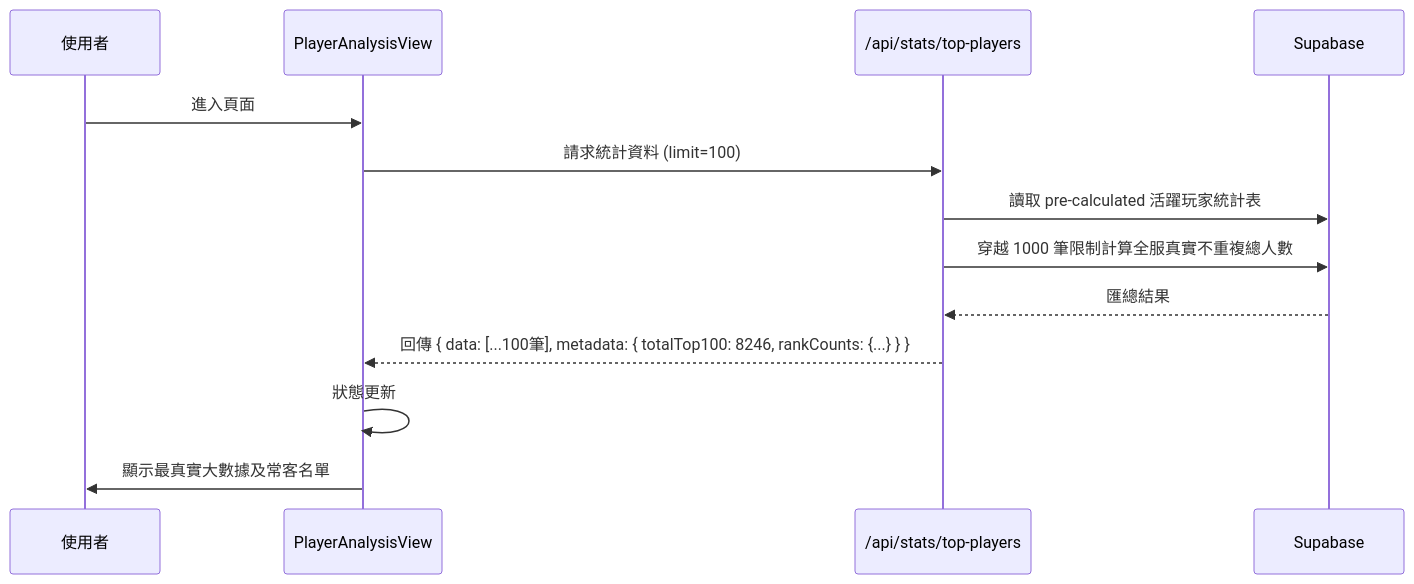
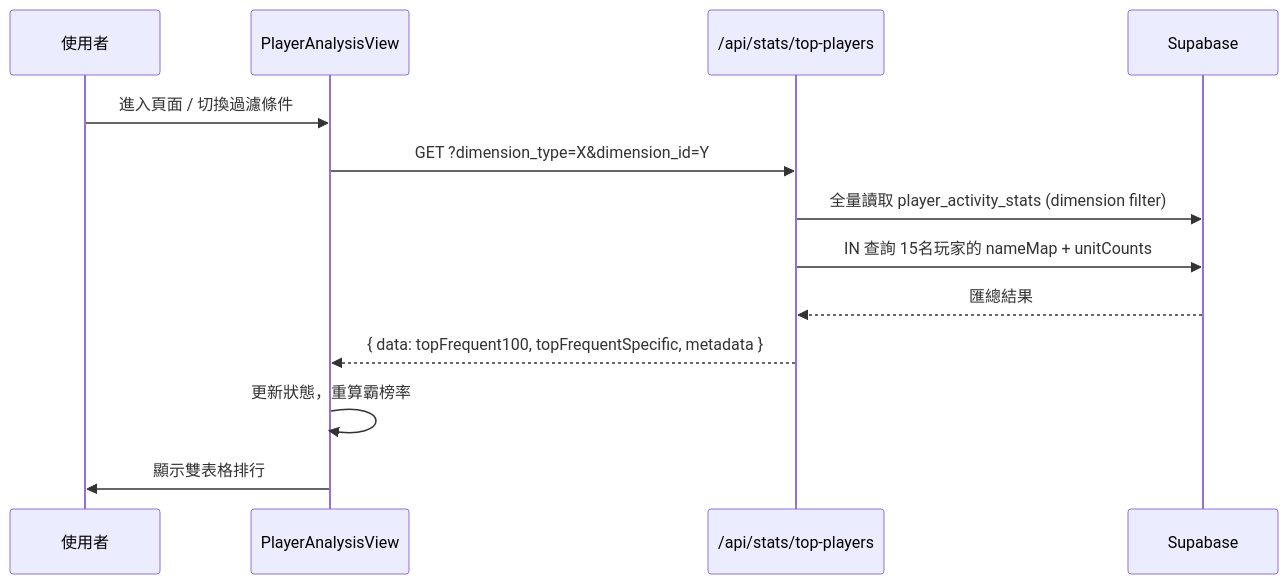
The diagram in docs/PAGE_PLAYER_ANALYSIS.md (rockzerox/Project-Sekai-Ranking), drawn with Mermaid before and after one commit. The commit also changed other lines of this file and 5 other files, not shown here.

Commit message:
feat: upgrade to 5-dimension player activity stats engine and fix redundant World Link chapter counting

````diff
--- a/docs/PAGE_PLAYER_ANALYSIS.md
+++ b/docs/PAGE_PLAYER_ANALYSIS.md
@@ -80,16 +118,16 @@
 ```mermaid
 sequenceDiagram
     participant User as 使用者
     participant View as PlayerAnalysisView
     participant API as /api/stats/top-players
     participant DB as Supabase
-    
-    User->>View: 進入頁面
-    View->>API: 請求統計資料 (limit=100)
-    API->>DB: 讀取 pre-calculated 活躍玩家統計表
-    API->>DB: 穿越 1000 筆限制計算全服真實不重複總人數
+
+    User->>View: 進入頁面 / 切換過濾條件
+    View->>API: GET ?dimension_type=X&dimension_id=Y
+    API->>DB: 全量讀取 player_activity_stats (dimension filter)
+    API->>DB: IN 查詢 15名玩家的 nameMap + unitCounts
     DB-->>API: 匯總結果
-    API-->>View: 回傳 { data: [...100筆], metadata: { totalTop100: 8246, rankCounts: {...} } }
-    View->>View: 狀態更新
-    View->>User: 顯示最真實大數據及常客名單
+    API-->>View: { data: topFrequent100, topFrequentSpecific, metadata }
+    View->>View: 更新狀態，重算霸榜率
+    View->>User: 顯示雙表格排行
 ```
````
